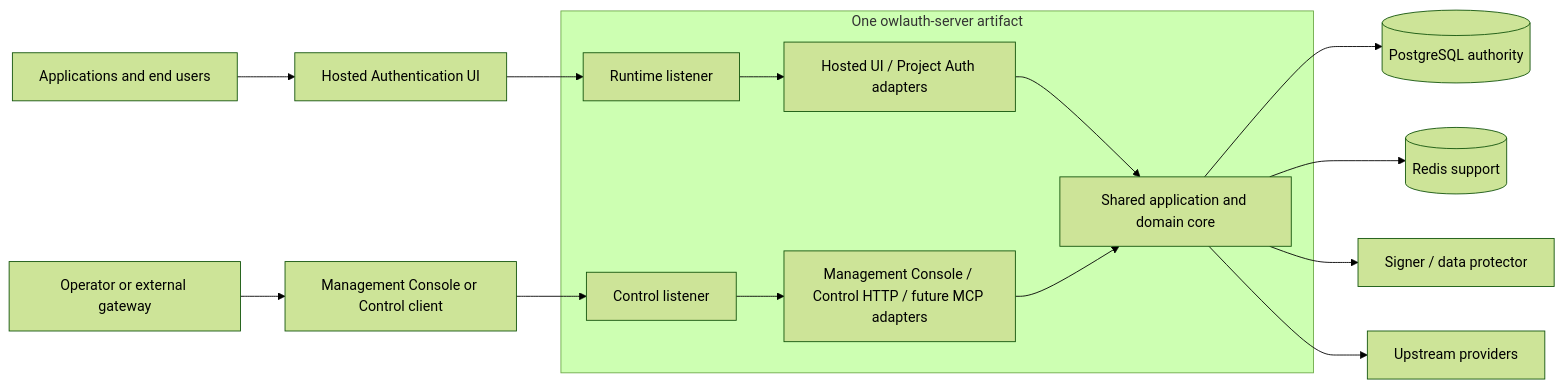
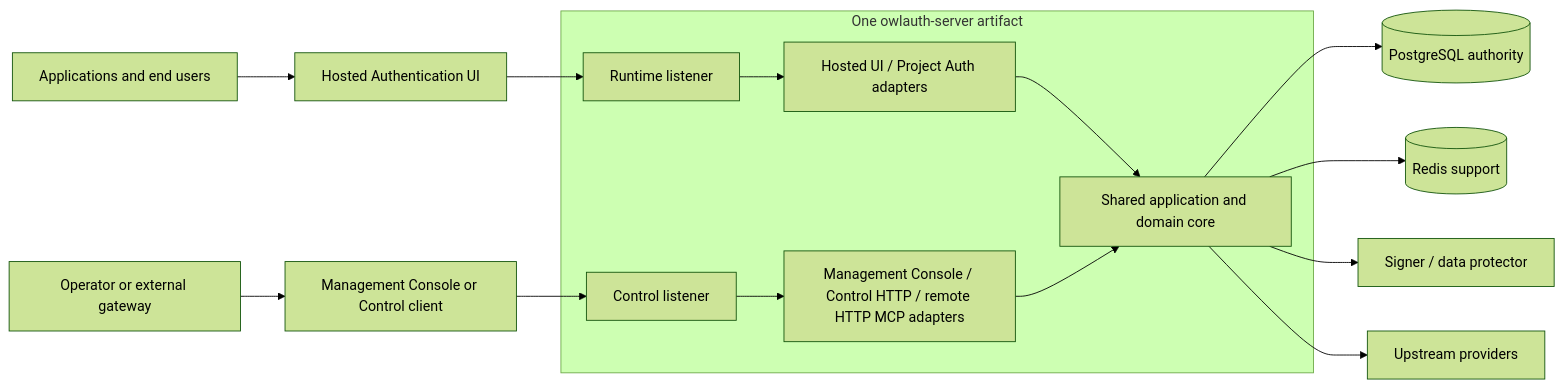
The second of 3 diagrams in docs/guide/architecture.md (owlfoundry/owlauth), drawn with Mermaid (forest theme) before and after one commit. The commit also changed other lines of this file and 123 other files, not shown here.

````diff
--- a/docs/guide/architecture.md
+++ b/docs/guide/architecture.md
@@ -97,19 +97,19 @@
 ```mermaid
 flowchart LR
     Apps[Applications and end users] --> Hosted[Hosted Authentication UI]
     Hosted --> RL[Runtime listener]
     Ops[Operator or external gateway] --> Console[Management Console or Control client]
     Console --> CL[Control listener]
 
     subgraph Server[One owlauth-server artifact]
         RL --> RA[Hosted UI / Project Auth adapters]
-        CL --> CA[Management Console / Control HTTP / future MCP adapters]
+        CL --> CA[Management Console / Control HTTP / remote HTTP MCP adapters]
         RA --> Core[Shared application and domain core]
         CA --> Core
     end
 
     Core --> PG[(PostgreSQL authority)]
     Core --> Redis[(Redis support)]
     Core --> Keys[Signer / data protector]
     Core --> IdP[Upstream providers]
 ```
````
